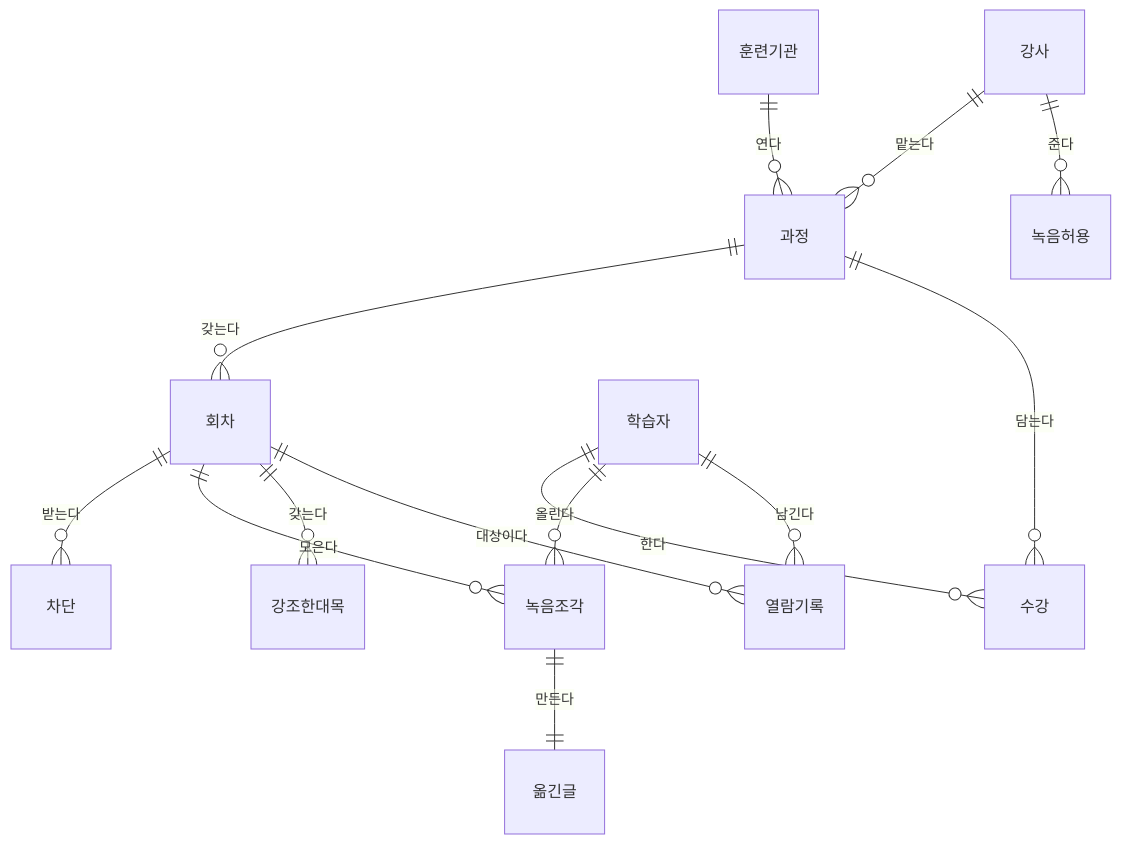
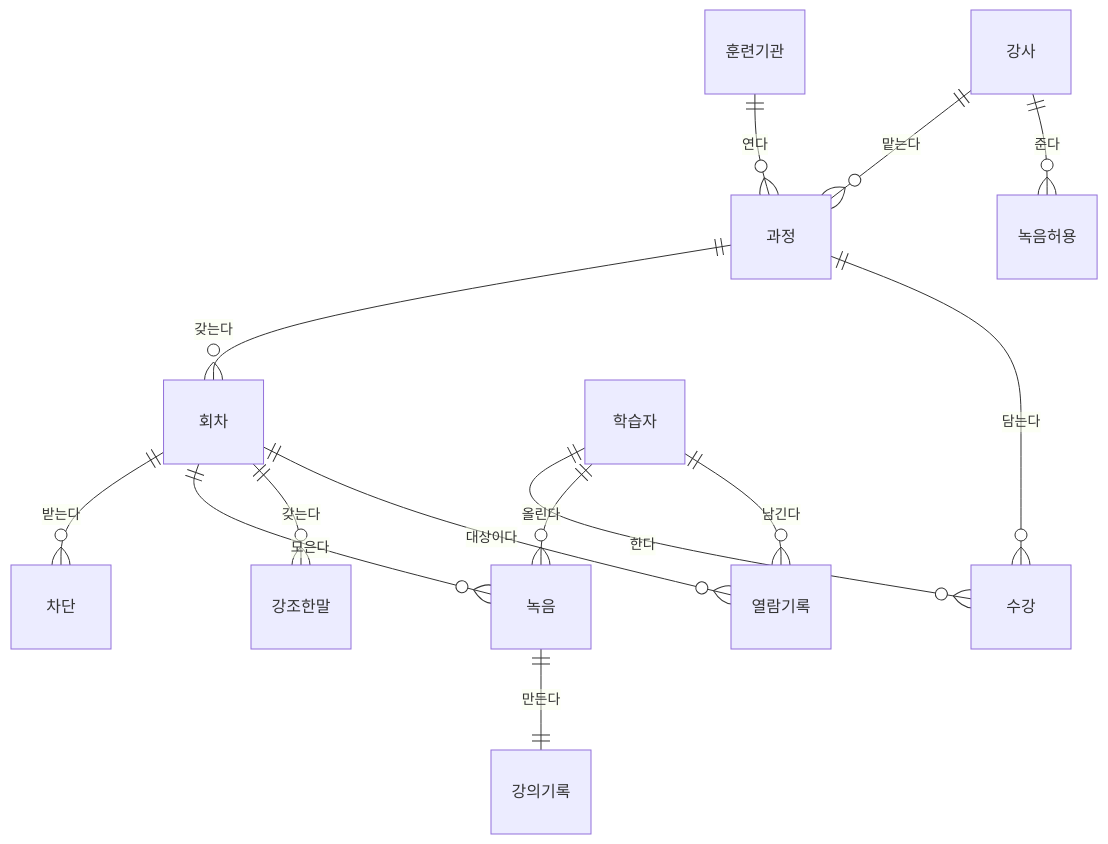
The fourth of 7 diagrams in docs/02-srs/srs.md (hayoungv/kokjip), drawn with Mermaid before and after one commit. The commit also changed other lines of this file and 29 other files, not shown here.

````diff
--- a/docs/02-srs/srs.md
+++ b/docs/02-srs/srs.md
@@ -186,16 +186,16 @@
 ```mermaid
 erDiagram
     훈련기관 ||--o{ 과정 : "연다"
     과정 ||--o{ 회차 : "갖는다"
     과정 ||--o{ 수강 : "담는다"
     학습자 ||--o{ 수강 : "한다"
     강사 ||--o{ 과정 : "맡는다"
     강사 ||--o{ 녹음허용 : "준다"
     회차 ||--o{ 차단 : "받는다"
-    회차 ||--o{ 녹음조각 : "모은다"
-    학습자 ||--o{ 녹음조각 : "올린다"
-    녹음조각 ||--|| 옮긴글 : "만든다"
-    회차 ||--o{ 강조한대목 : "갖는다"
+    회차 ||--o{ 녹음 : "모은다"
+    학습자 ||--o{ 녹음 : "올린다"
+    녹음 ||--|| 강의기록 : "만든다"
+    회차 ||--o{ 강조한말 : "갖는다"
     학습자 ||--o{ 열람기록 : "남긴다"
     회차 ||--o{ 열람기록 : "대상이다"
 ```
````
